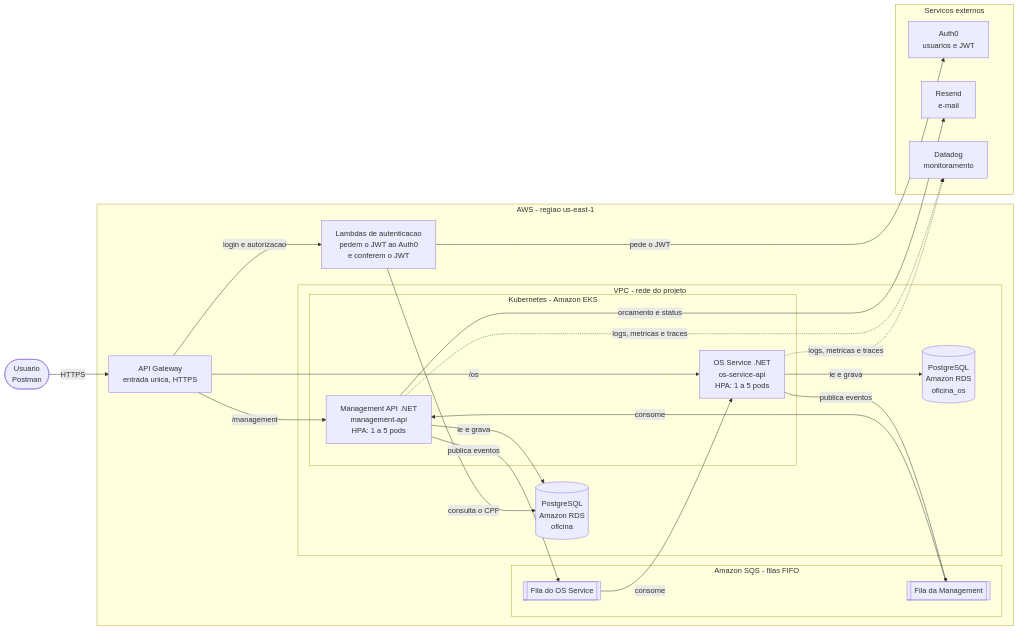
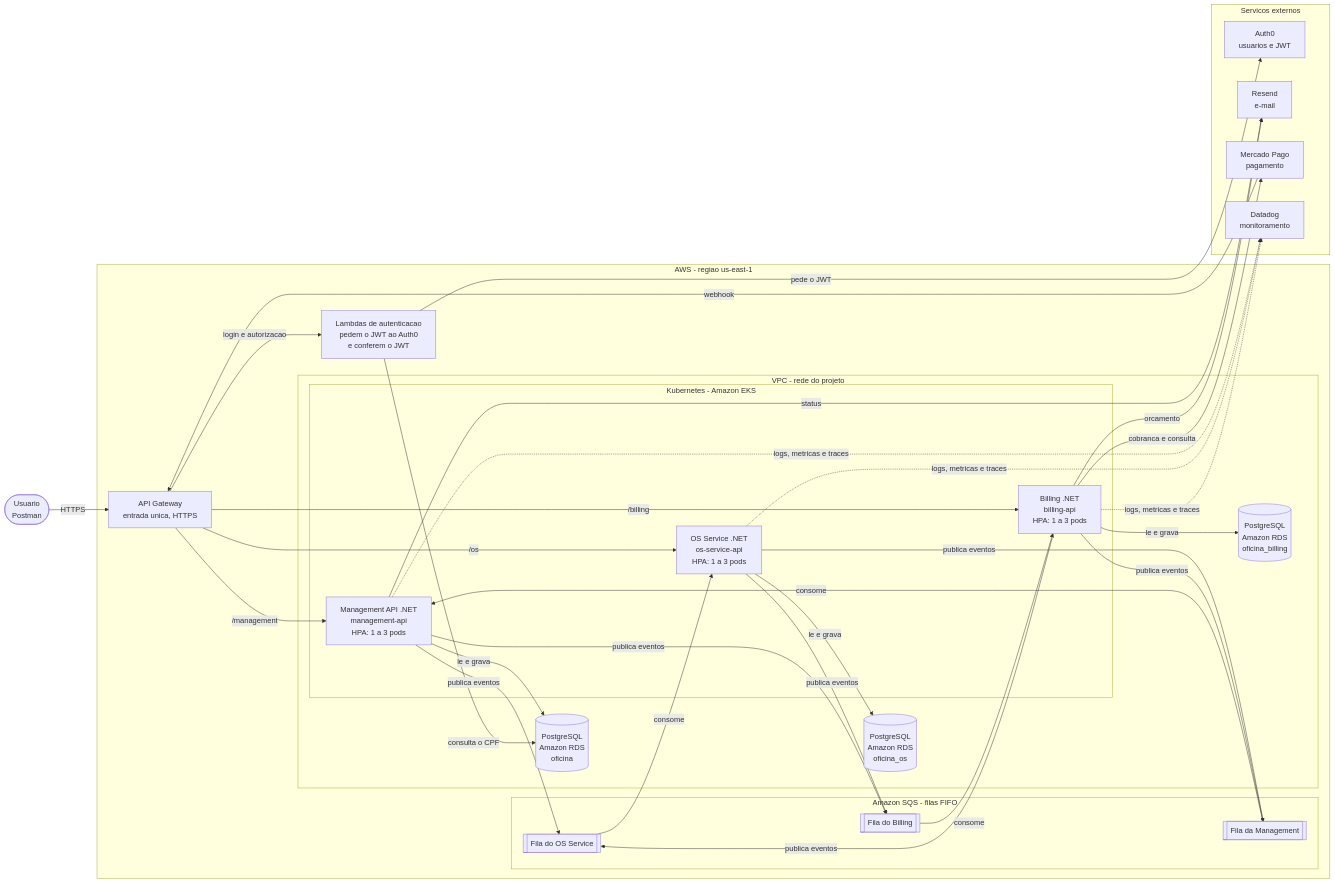
One commit to GuiToniello/tech-challenge-fase-4-MANAGEMENT-soat16-rm374658 changed the first of 4 diagrams in docs/arquitetura.md. Above: the diagram before and after it, drawn with Mermaid. The commit also changed other lines of this file and 129 other files, not shown here.

Commit message:
feat: intergrar com a billing service

````diff
--- a/docs/arquitetura.md
+++ b/docs/arquitetura.md
@@ -49,45 +52,60 @@
 ```mermaid
 flowchart LR
   Usuario([Usuario<br/>Postman])
 
   subgraph AWS[AWS - regiao us-east-1]
     GW[API Gateway<br/>entrada unica, HTTPS]
     Lambdas[Lambdas de autenticacao<br/>pedem o JWT ao Auth0<br/>e conferem o JWT]
 
     subgraph SQS[Amazon SQS - filas FIFO]
       FilaM[[Fila da Management]]
       FilaOS[[Fila do OS Service]]
+      FilaB[[Fila do Billing]]
     end
 
     subgraph VPC[VPC - rede do projeto]
       subgraph EKS[Kubernetes - Amazon EKS]
-        API[Management API .NET<br/>management-api<br/>HPA: 1 a 5 pods]
-        OS[OS Service .NET<br/>os-service-api<br/>HPA: 1 a 5 pods]
+        API[Management API .NET<br/>management-api<br/>HPA: 1 a 3 pods]
+        OS[OS Service .NET<br/>os-service-api<br/>HPA: 1 a 3 pods]
+        BIL[Billing .NET<br/>billing-api<br/>HPA: 1 a 3 pods]
       end
       DB[(PostgreSQL<br/>Amazon RDS<br/>oficina)]
       DBOS[(PostgreSQL<br/>Amazon RDS<br/>oficina_os)]
+      DBB[(PostgreSQL<br/>Amazon RDS<br/>oficina_billing)]
     end
   end
 
   subgraph Externos[Servicos externos]
     Auth0[Auth0<br/>usuarios e JWT]
     Resend[Resend<br/>e-mail]
+    MP[Mercado Pago<br/>pagamento]
     Datadog[Datadog<br/>monitoramento]
   end
 
   Usuario -->|HTTPS| GW
   GW -->|login e autorizacao| Lambdas
   GW -->|/management| API
   GW -->|/os| OS
+  GW -->|/billing| BIL
   Lambdas -->|consulta o CPF| DB
   Lambdas -->|pede o JWT| Auth0
   API -->|le e grava| DB
   OS -->|le e grava| DBOS
+  BIL -->|le e grava| DBB
   OS -->|publica eventos| FilaM
+  OS -->|publica eventos| FilaB
+  API -->|publica eventos| FilaOS
+  API -->|publica eventos| FilaB
+  BIL -->|publica eventos| FilaOS
+  BIL -->|publica eventos| FilaM
   FilaM -->|consome| API
-  API -->|publica eventos| FilaOS
   FilaOS -->|consome| OS
-  API -->|orcamento e status| Resend
+  FilaB -->|consome| BIL
+  API -->|status| Resend
+  BIL -->|orcamento| Resend
+  BIL -->|cobranca e consulta| MP
+  MP -->|webhook| GW
   API -.->|logs, metricas e traces| Datadog
   OS -.->|logs, metricas e traces| Datadog
+  BIL -.->|logs, metricas e traces| Datadog
 ```
````
